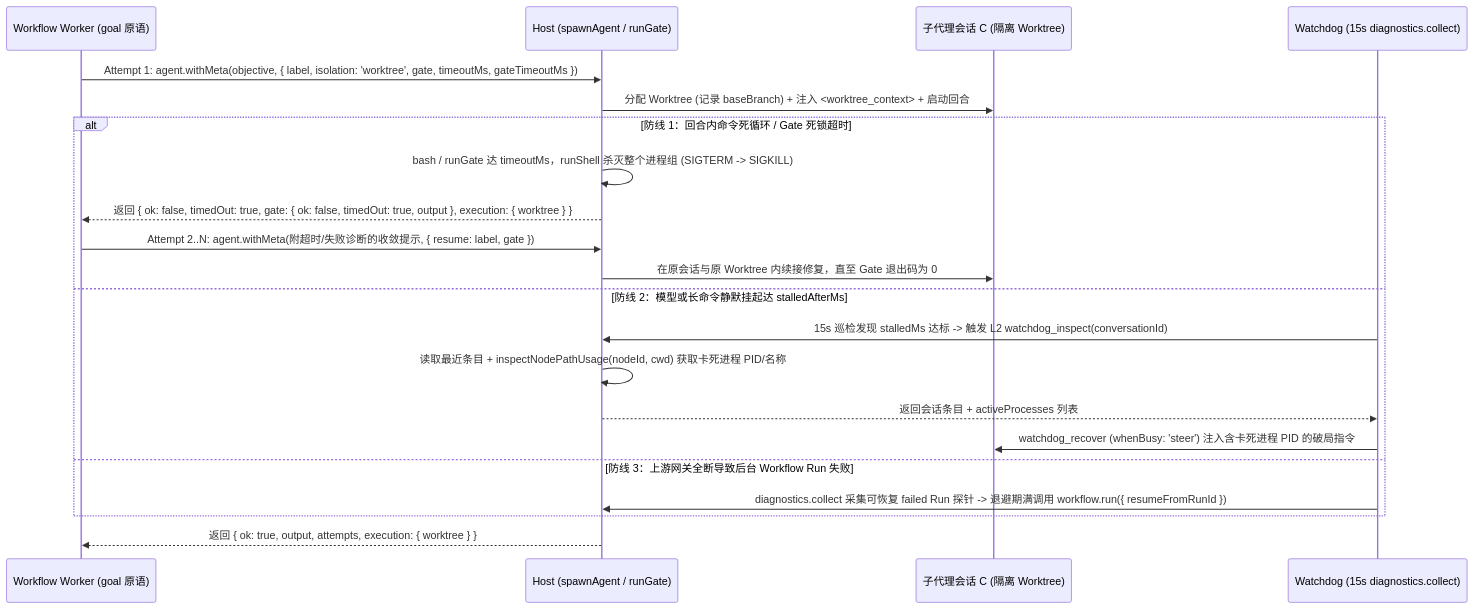
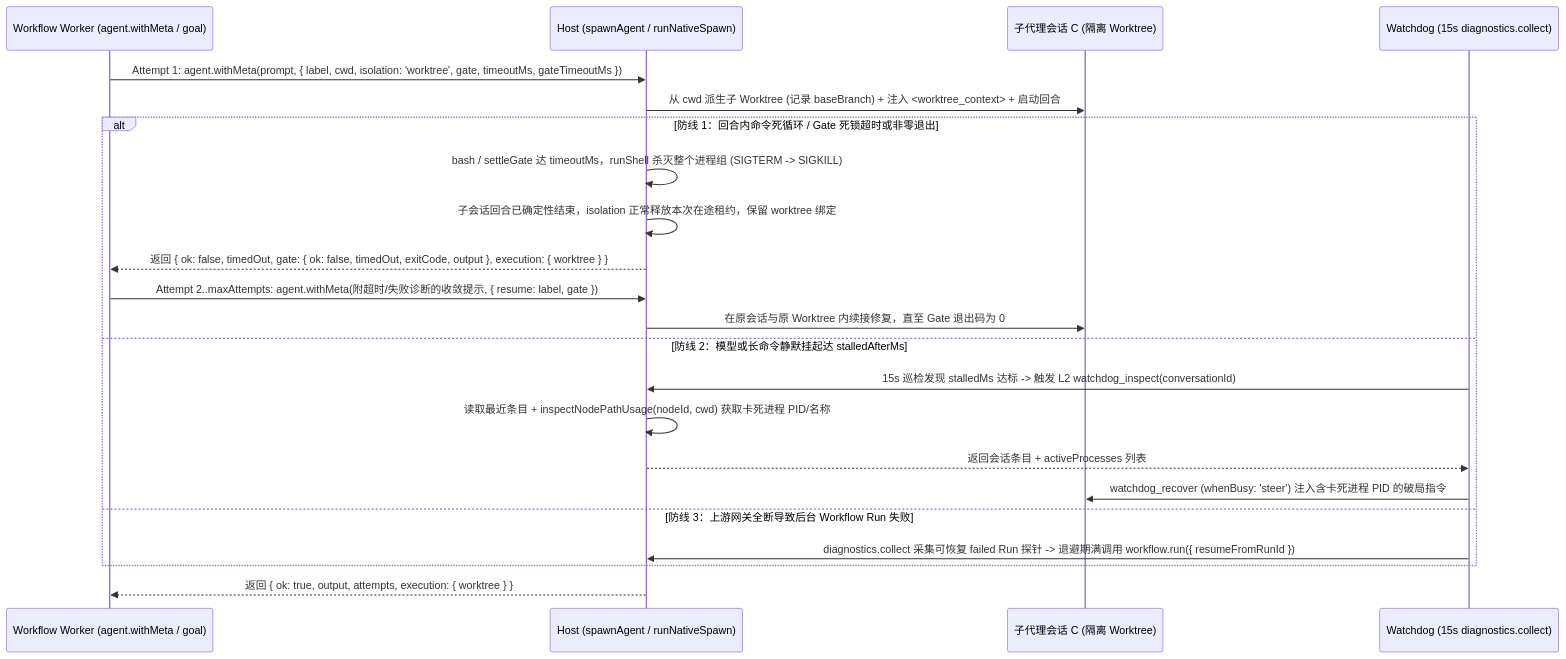
The diagram in docs/archive/20261115 分形工作流与Goal自愈编排设计文档.md (team4u/helm), drawn with Mermaid before and after one commit. The commit also changed other lines of this file, not shown here.

First line of the commit message:
docs(workflow): 设计文档融入双模动态分形与自适应认知对抗编排

````diff
--- a/docs/archive/20261115 分形工作流与Goal自愈编排设计文档.md
+++ b/docs/archive/20261115 分形工作流与Goal自愈编排设计文档.md
@@ -37,24 +48,25 @@
 ```mermaid
 sequenceDiagram
-    participant W as Workflow Worker (goal 原语)
-    participant H as Host (spawnAgent / runGate)
+    participant W as Workflow Worker (agent.withMeta / goal)
+    participant H as Host (spawnAgent / runNativeSpawn)
     participant C as 子代理会话 C (隔离 Worktree)
     participant WD as Watchdog (15s diagnostics.collect)
 
-    W->>H: Attempt 1: agent.withMeta(objective, { label, isolation: 'worktree', gate, timeoutMs, gateTimeoutMs })
-    H->>C: 分配 Worktree (记录 baseBranch) + 注入 <worktree_context> + 启动回合
-    alt 防线 1：回合内命令死循环 / Gate 死锁超时
-        H->>H: bash / runGate 达 timeoutMs，runShell 杀灭整个进程组 (SIGTERM -> SIGKILL)
-        H-->>W: 返回 { ok: false, timedOut: true, gate: { ok: false, timedOut: true, output }, execution: { worktree } }
-        W->>H: Attempt 2..N: agent.withMeta(附超时/失败诊断的收敛提示, { resume: label, gate })
+    W->>H: Attempt 1: agent.withMeta(prompt, { label, cwd, isolation: 'worktree', gate, timeoutMs, gateTimeoutMs })
+    H->>C: 从 cwd 派生子 Worktree (记录 baseBranch) + 注入 <worktree_context> + 启动回合
+    alt 防线 1：回合内命令死循环 / Gate 死锁超时或非零退出
+        H->>H: bash / settleGate 达 timeoutMs，runShell 杀灭整个进程组 (SIGTERM -> SIGKILL)
+        H->>H: 子会话回合已确定性结束，isolation 正常释放本次在途租约，保留 worktree 绑定
+        H-->>W: 返回 { ok: false, timedOut, gate: { ok: false, timedOut, exitCode, output }, execution: { worktree } }
+        W->>H: Attempt 2..maxAttempts: agent.withMeta(附超时/失败诊断的收敛提示, { resume: label, gate })
         H->>C: 在原会话与原 Worktree 内续接修复，直至 Gate 退出码为 0
     else 防线 2：模型或长命令静默挂起达 stalledAfterMs
         WD->>H: 15s 巡检发现 stalledMs 达标 -> 触发 L2 watchdog_inspect(conversationId)
         H->>H: 读取最近条目 + inspectNodePathUsage(nodeId, cwd) 获取卡死进程 PID/名称
         H-->>WD: 返回会话条目 + activeProcesses 列表
         WD->>C: watchdog_recover (whenBusy: 'steer') 注入含卡死进程 PID 的破局指令
     else 防线 3：上游网关全断导致后台 Workflow Run 失败
         WD->>H: diagnostics.collect 采集可恢复 failed Run 探针 -> 退避期满调用 workflow.run({ resumeFromRunId })
     end
     H-->>W: 返回 { ok: true, output, attempts, execution: { worktree } }
 ```
````
